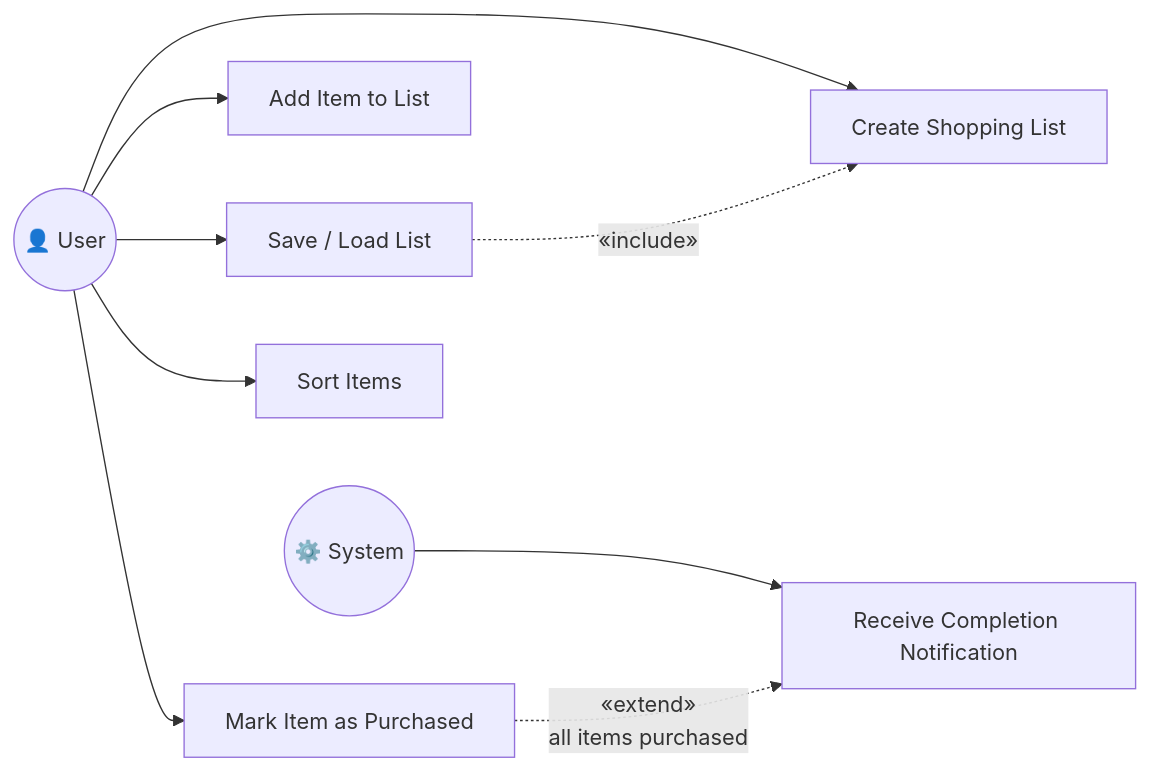
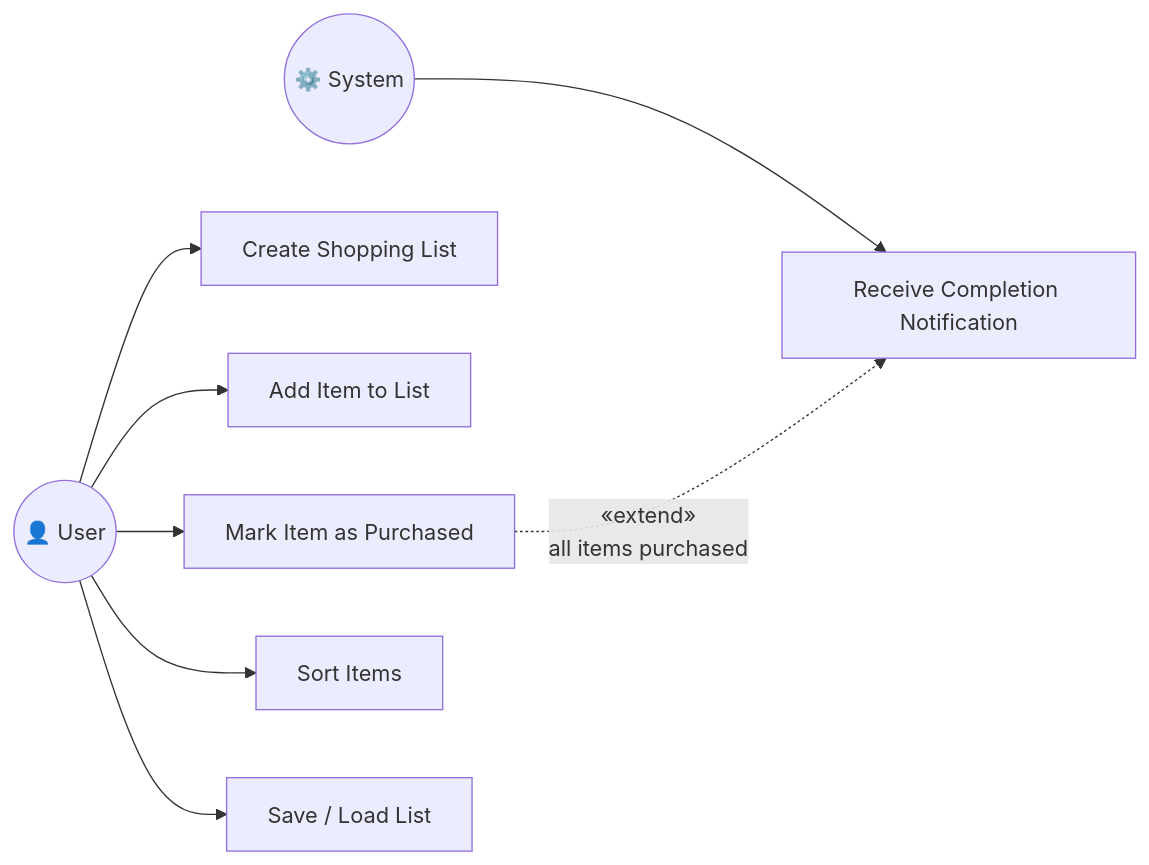
One commit to Bushko6/shopping-list-app changed the diagram in docs/diagrams/use-case.md. Above: the diagram before and after it, drawn with Mermaid. The commit also changed 5 other files, not shown here.

````diff
--- a/docs/diagrams/use-case.md
+++ b/docs/diagrams/use-case.md
@@ -3,22 +3,21 @@
 ```mermaid
 graph LR
     User(("👤 User"))
     System(("⚙️ System"))
 
     UC1["Create Shopping List"]
     UC2["Add Item to List"]
     UC3["Mark Item as Purchased"]
     UC4["Sort Items"]
     UC5["Save / Load List"]
     UC6["Receive Completion Notification"]
 
     User --> UC1
     User --> UC2
     User --> UC3
     User --> UC4
     User --> UC5
     System --> UC6
 
     UC3 -.->|"«extend»\nall items purchased"| UC6
-    UC5 -.->|"«include»"| UC1
 ```
````
